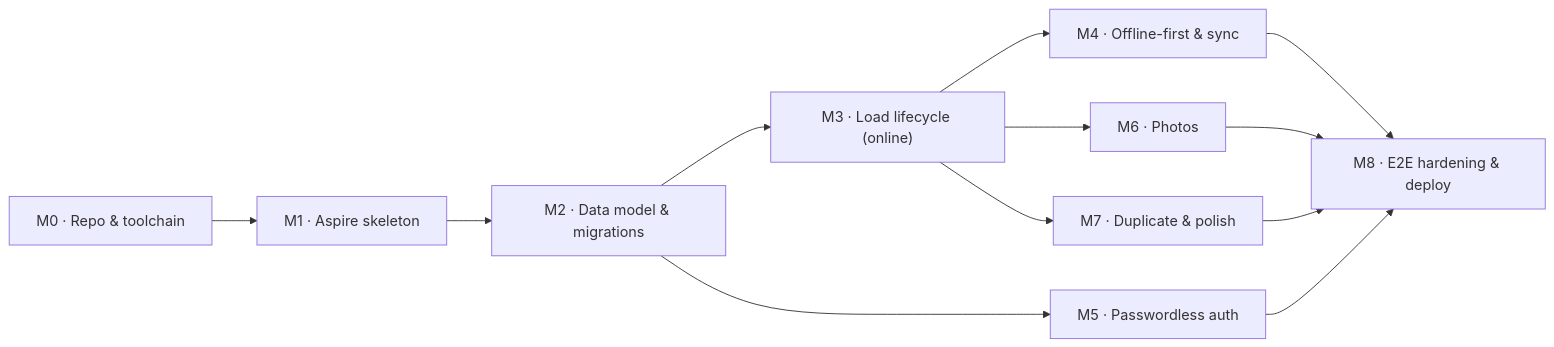
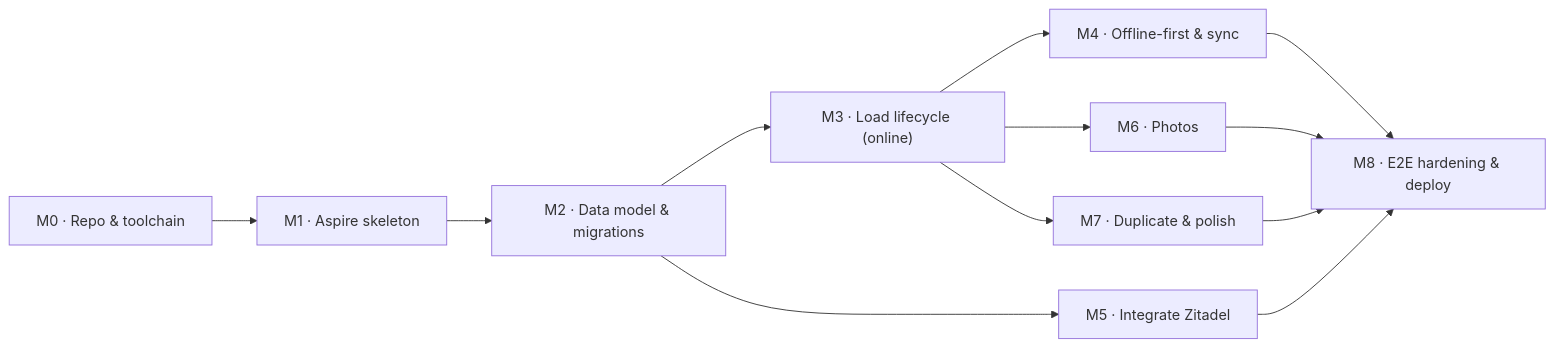
The first of 2 diagrams in specs/01-mvp/implementation-plan.md (quennethks/clothesline), drawn with Mermaid before and after one commit. The commit also changed other lines of this file and 2 other files, not shown here.

First line of the commit message:
Revise MVP spec/plan for Zitadel identity, clothesline_db, two ACA envs

````diff
--- a/specs/01-mvp/implementation-plan.md
+++ b/specs/01-mvp/implementation-plan.md
@@ -41,14 +41,14 @@
 ```mermaid
 flowchart LR
     M0["M0 · Repo & toolchain"] --> M1["M1 · Aspire skeleton"]
     M1 --> M2["M2 · Data model & migrations"]
     M2 --> M3["M3 · Load lifecycle (online)"]
-    M2 --> M5["M5 · Passwordless auth"]
+    M2 --> M5["M5 · Integrate Zitadel"]
     M3 --> M4["M4 · Offline-first & sync"]
     M3 --> M6["M6 · Photos"]
     M3 --> M7["M7 · Duplicate & polish"]
     M4 --> M8["M8 · E2E hardening & deploy"]
     M5 --> M8
     M6 --> M8
     M7 --> M8
 ```
````
